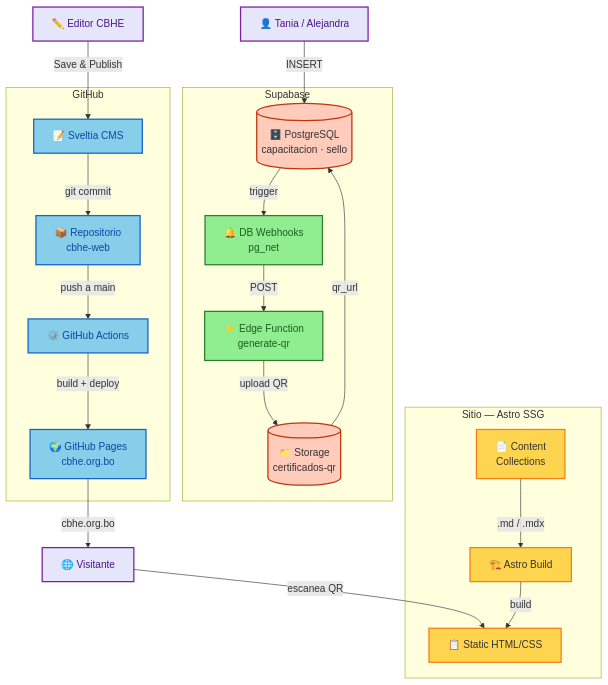
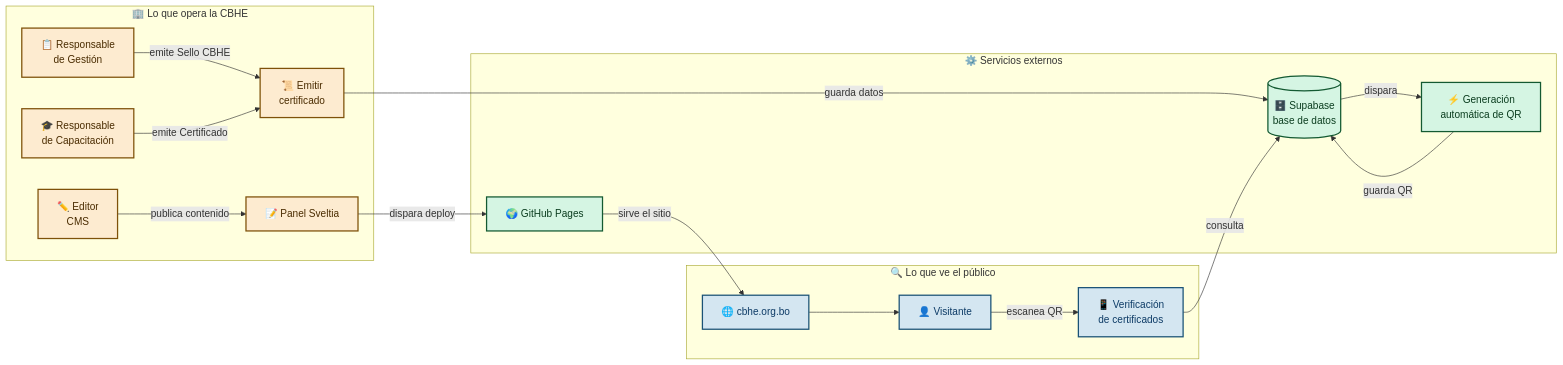
Before and after one commit to vincentiwadsworth/cbhe-web: the diagram in README.md, drawn with Mermaid. The commit also changed other lines of this file and 6 other files, not shown here.

````diff
--- a/README.md
+++ b/README.md
@@ -26,51 +20,44 @@
 ```mermaid
-graph TB
-    subgraph GitHub["GitHub"]
-        Repo["📦 Repositorio<br/>cbhe-web"]
-        Actions["⚙️ GitHub Actions"]
-        Pages["🌍 GitHub Pages<br/>cbhe.org.bo"]
-        CMS["📝 Sveltia CMS"]
+graph LR
+    subgraph Publico["🔍 Lo que ve el público"]
+        Sitio["🌐 cbhe.org.bo"]
+        Verificacion["📱 Verificación<br/>de certificados"]
+        Visitante["👤 Visitante"]
     end
 
-    subgraph Supabase["Supabase"]
-        DB[("🗄️ PostgreSQL<br/>capacitacion · sello")]
-        Storage[("📁 Storage<br/>certificados-qr")]
-        Edge["⚡ Edge Function<br/>generate-qr"]
-        Webhooks["🔔 DB Webhooks<br/>pg_net"]
+    subgraph CBHE["🏢 Lo que opera la CBHE"]
+        Editor["✏️ Editor<br/>CMS"]
+        ResponsableGestion["📋 Responsable<br/>de Gestión"]
+        ResponsableCapacitacion["🎓 Responsable<br/>de Capacitación"]
+        Sveltia["📝 Panel Sveltia"]
+        Emitir["📜 Emitir<br/>certificado"]
     end
 
-    subgraph AstroSSG["Sitio — Astro SSG"]
-        Content["📄 Content<br/>Collections"]
-        Astro["🏗️ Astro Build"]
-        Static["📋 Static HTML/CSS"]
+    subgraph Servicios["⚙️ Servicios externos"]
+        GitHub["🌍 GitHub Pages"]
+        SupabaseDB[("🗄️ Supabase<br/>base de datos")]
+        QRAuto["⚡ Generación<br/>automática de QR"]
     end
 
-    Editor["✏️ Editor CBHE"] -->|"Save &amp; Publish"| CMS
-    CMS -->|"git commit"| Repo
-    Repo -->|"push a main"| Actions
-    Actions -->|"build + deploy"| Pages
-    Pages -->|"cbhe.org.bo"| Visitante["🌐 Visitante"]
+    Editor -->|"publica contenido"| Sveltia
+    Sveltia -->|"dispara deploy"| GitHub
+    GitHub -->|"sirve el sitio"| Sitio
+    Sitio --> Visitante
 
-    Operator["👤 Tania / Alejandra"] -->|"INSERT"| DB
-    DB -->|"trigger"| Webhooks
-    Webhooks -->|"POST"| Edge
-    Edge -->|"upload QR"| Storage
-    Storage -->|"qr_url"| DB
+    ResponsableGestion -->|"emite Sello CBHE"| Emitir
+    ResponsableCapacitacion -->|"emite Certificado"| Emitir
+    Emitir -->|"guarda datos"| SupabaseDB
+    SupabaseDB -->|"dispara"| QRAuto
+    QRAuto -->|"guarda QR"| SupabaseDB
 
-    Visitante -->|"escanea QR"| Static
+    Visitante -->|"escanea QR"| Verificacion
+    Verificacion -->|"consulta"| SupabaseDB
 
-    Astro -->|"build"| Static
-    Content -->|".md / .mdx"| Astro
+    classDef publico fill:#D4E6F1,stroke:#1A5276,stroke-width:2px,color:#0D3B66
+    classDef cbhe fill:#FDEBD0,stroke:#7E5109,stroke-width:2px,color:#4A2C00
+    classDef servicio fill:#D5F5E3,stroke:#145A32,stroke-width:2px,color:#0B3D1F
 
-    classDef github fill:#87CEEB,stroke:#1565C0,stroke-width:2px,color:#0D47A1
-    classDef supabase fill:#90EE90,stroke:#2E7D32,stroke-width:2px,color:#1B5E20
-    classDef astro fill:#FFD54F,stroke:#F57F17,stroke-width:2px,color:#333
-    classDef person fill:#E6E6FA,stroke:#7B1FA2,stroke-width:2px,color:#4A148C
-    classDef database fill:#FFCCBC,stroke:#BF360C,stroke-width:2px,color:#333
-
-    class Repo,Actions,Pages,CMS github
-    class DB,Storage,Edge,Webhooks supabase
-    class Content,Astro,Static astro
-    class Editor,Operator,Visitante person
-    class DB,Storage database
+    class Sitio,Verificacion,Visitante publico
+    class Editor,ResponsableGestion,ResponsableCapacitacion,Sveltia,Emitir cbhe
+    class GitHub,SupabaseDB,QRAuto servicio
 ```
````
